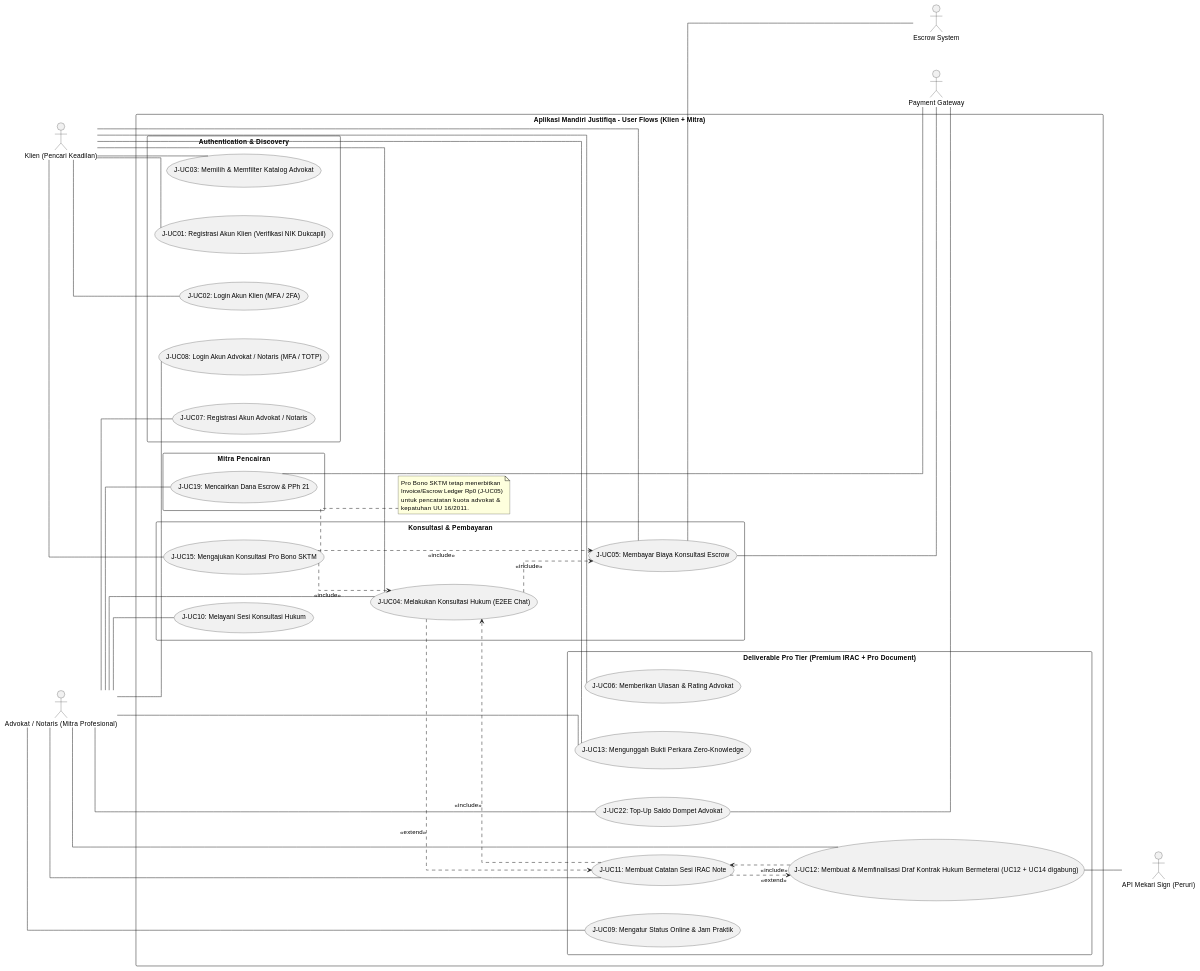
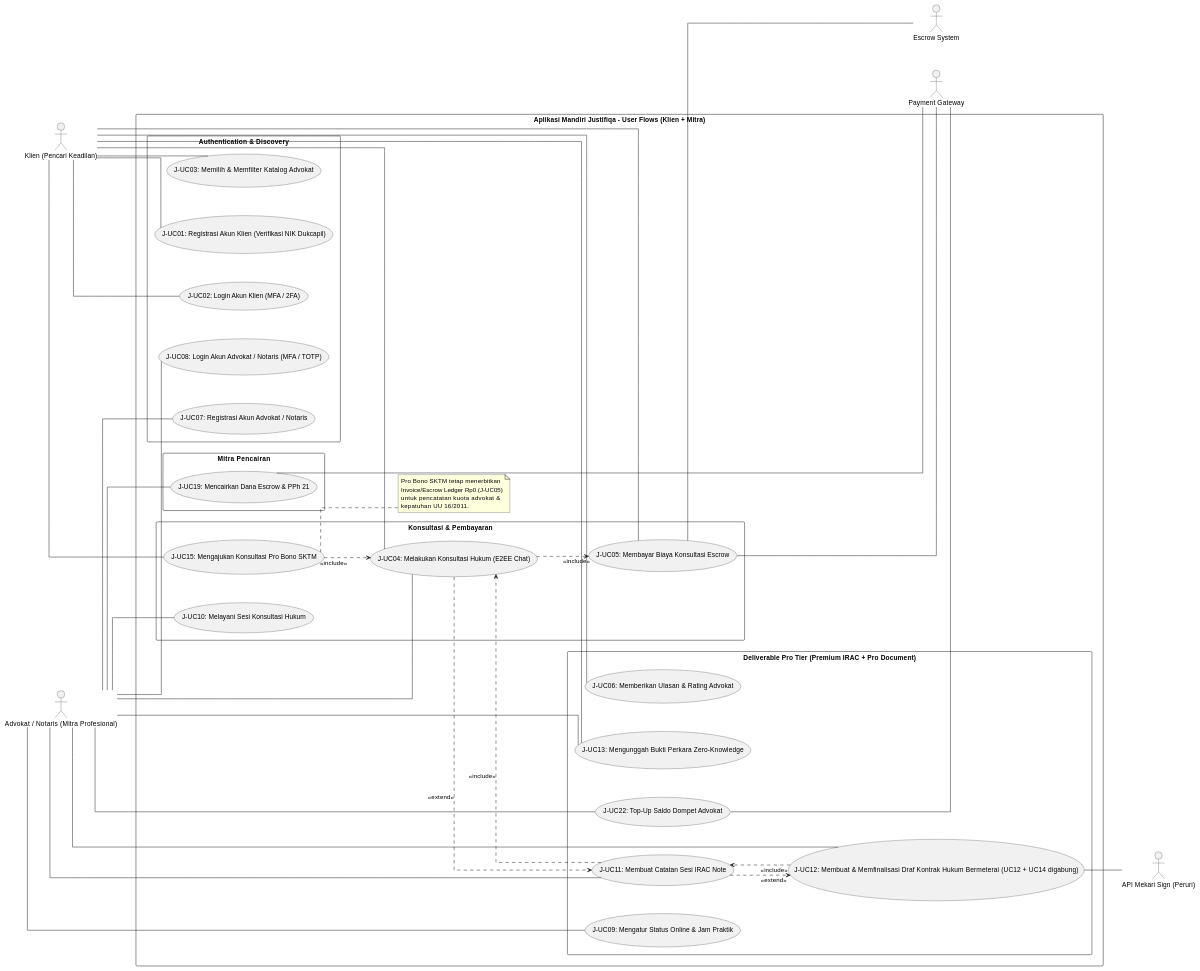
Before and after one commit to tupperwureism/SuperApp-Gagal: the first of 2 diagrams in MarkDown/plantuml_uc_diagrams.md, drawn with PlantUML.

Commit message:
docs(diagram): remove redundant transitive include UC15->UC05
UC15 (Pro Bono) -> UC04 (Konsultasi) -> UC05 (Bayar Escrow) sudah cukup. Include bersifat transitif secara UML semantics, jadi UC15 -> UC05 redundan. Footnote UC15 (Invoice Rp0) sudah menjelaskan konteks escrow.

```diff
--- a/MarkDown/plantuml_uc_diagrams.md
+++ b/MarkDown/plantuml_uc_diagrams.md
@@ -77,7 +77,6 @@
   UC11 ..> UC04 : <<include>>
   UC11 ..> UC12 : <<extend>>
   UC12 ..> UC11 : <<include>>
-  UC15 ..> UC05 : <<include>>
   UC15 ..> UC04 : <<include>>
 
   ' Primary Actor Associations (Klien)
```
